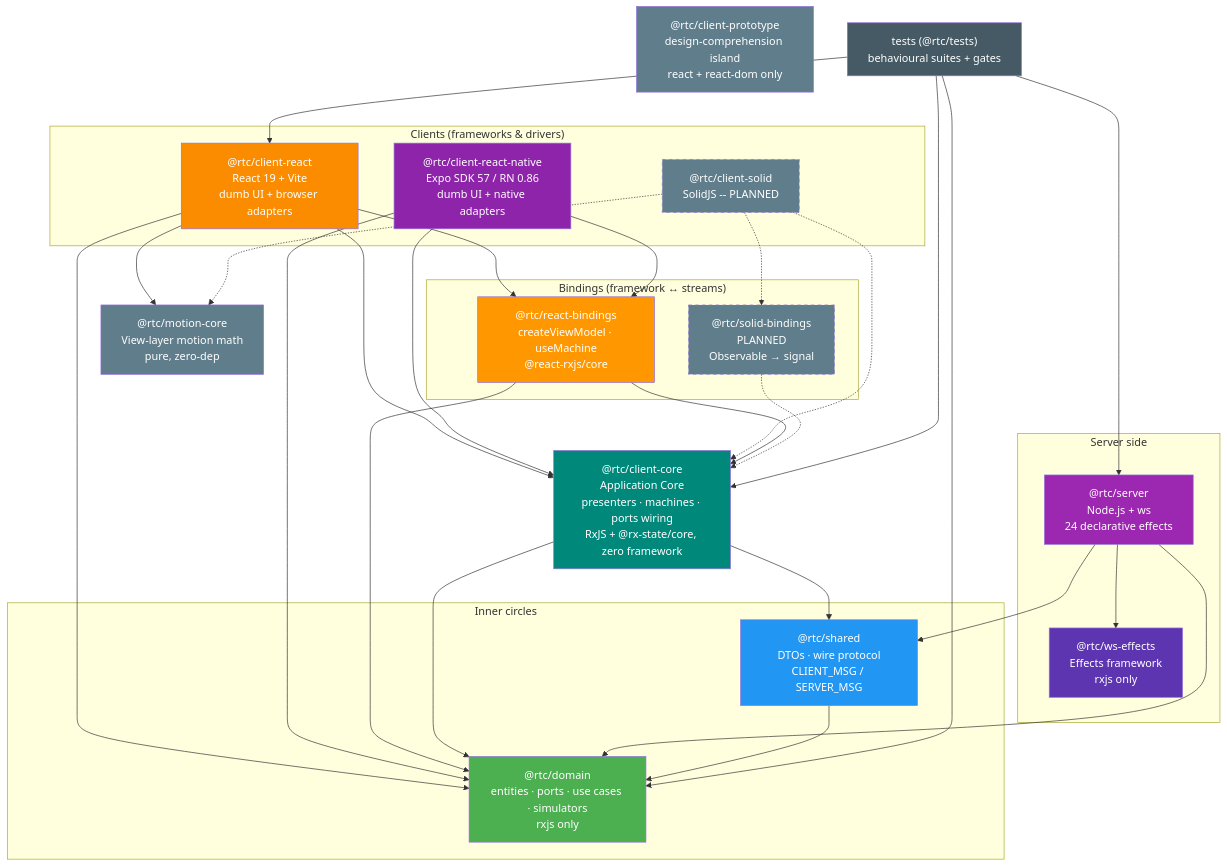
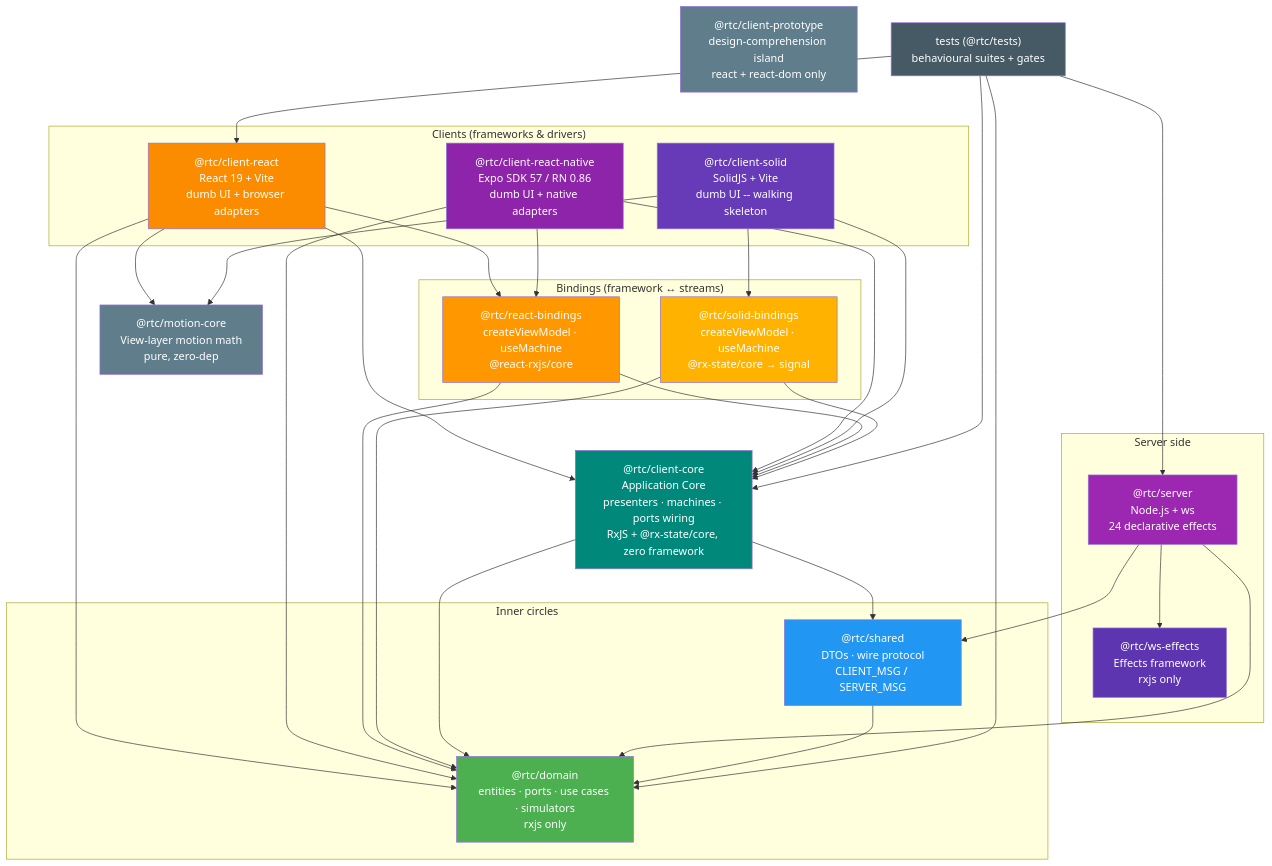
Before and after one commit to bettersoftware-io/ReactiveTraderCloudClone: the diagram in docs/architecture/06-package-dependencies.md, drawn with Mermaid. The commit also changed other lines of this file and 2 other files, not shown here.

Commit message:
fix(docs): drop stale filter-fn re-export claim + sync package count to twelve
filterTypes.ts:7 claimed filter/sort FUNCTIONS are re-exported from that
module — it only re-exports types, so drop the sentence (nothing consumes
functions from there). docs/architecture/10-key-design-decisions.md and
06-package-dependencies.md still said "Ten packages" and marked
client-solid/solid-bindings as PLANNED/dashed; both shipped as a walking
skeleton in Phase 1, so update the counts, the dependency graph, and the
build-order line to twelve packages.

Claude-Session: https://claude.ai/code/session_01WDs6pfvWJf7V3EWARV63gR

````diff
--- a/docs/architecture/06-package-dependencies.md
+++ b/docs/architecture/06-package-dependencies.md
@@ -7,67 +7,68 @@
 ```mermaid
 graph TB
     subgraph clients["Clients (frameworks & drivers)"]
         webc["@rtc/client-react\nReact 19 + Vite\ndumb UI + browser adapters"]
         rnc["@rtc/client-react-native\nExpo SDK 57 / RN 0.86\ndumb UI + native adapters"]
-        solidc["@rtc/client-solid\nSolidJS -- PLANNED"]
+        solidc["@rtc/client-solid\nSolidJS + Vite\ndumb UI -- walking skeleton"]
     end
 
     subgraph bridge["Bindings (framework ↔ streams)"]
         rb["@rtc/react-bindings\ncreateViewModel · useMachine\n@react-rxjs/core"]
-        sb["@rtc/solid-bindings\nPLANNED\nObservable → signal"]
+        sb["@rtc/solid-bindings\ncreateViewModel · useMachine\n@rx-state/core → signal"]
     end
 
     core["@rtc/client-core\nApplication Core\npresenters · machines · ports wiring\nRxJS + @rx-state/core, zero framework"]
 
     subgraph backend["Server side"]
         server["@rtc/server\nNode.js + ws\n24 declarative effects"]
         wse["@rtc/ws-effects\nEffects framework\nrxjs only"]
     end
 
     subgraph inner["Inner circles"]
         shared["@rtc/shared\nDTOs · wire protocol\nCLIENT_MSG / SERVER_MSG"]
         domain["@rtc/domain\nentities · ports · use cases · simulators\nrxjs only"]
     end
 
     proto["@rtc/client-prototype\ndesign-comprehension island\nreact + react-dom only"]
     motion["@rtc/motion-core\nView-layer motion math\npure, zero-dep"]
     tests["tests (@rtc/tests)\nbehavioural suites + gates"]
 
     webc --> rb
     webc --> core
     webc --> domain
     webc --> motion
     rnc --> rb
     rnc --> core
     rnc --> domain
-    solidc -.-> sb
-    solidc -.-> core
-    solidc -.-> motion
+    solidc --> sb
+    solidc --> core
+    solidc --> motion
     rb --> core
     rb --> domain
-    sb -.-> core
+    sb --> core
+    sb --> domain
     core --> domain
     core --> shared
     server --> domain
     server --> shared
     server --> wse
     shared --> domain
     tests --> webc
     tests --> core
     tests --> server
     tests --> domain
 
     style domain fill:#4CAF50,color:#fff
     style shared fill:#2196F3,color:#fff
     style core fill:#00897B,color:#fff
     style rb fill:#FF9800,color:#fff
     style webc fill:#FB8C00,color:#fff
     style rnc fill:#8E24AA,color:#fff
     style server fill:#9C27B0,color:#fff
     style wse fill:#5E35B1,color:#fff
     style proto fill:#607D8B,color:#fff
     style motion fill:#607D8B,color:#fff
-    style solidc fill:#607D8B,color:#fff,stroke-dasharray: 5 5
-    style sb fill:#607D8B,color:#fff,stroke-dasharray: 5 5
+    style solidc fill:#673AB7,color:#fff
+    style sb fill:#FFB300,color:#fff
     style tests fill:#455A64,color:#fff
 ```
````
